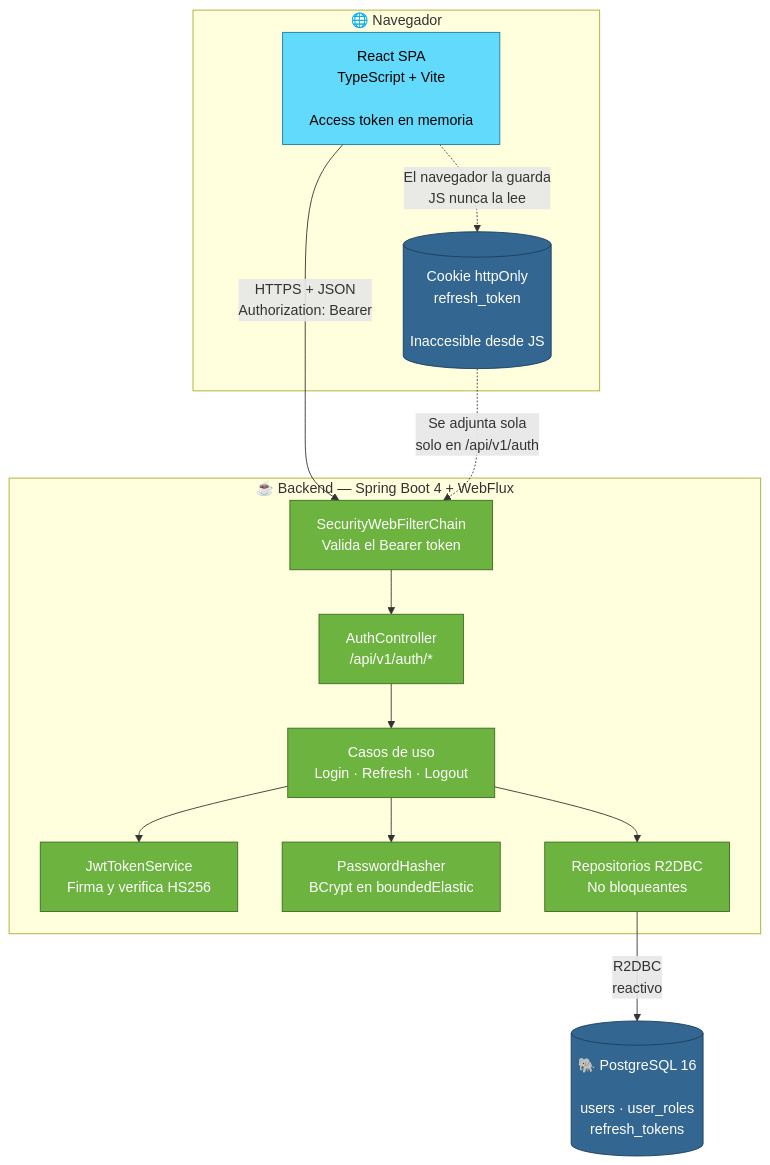
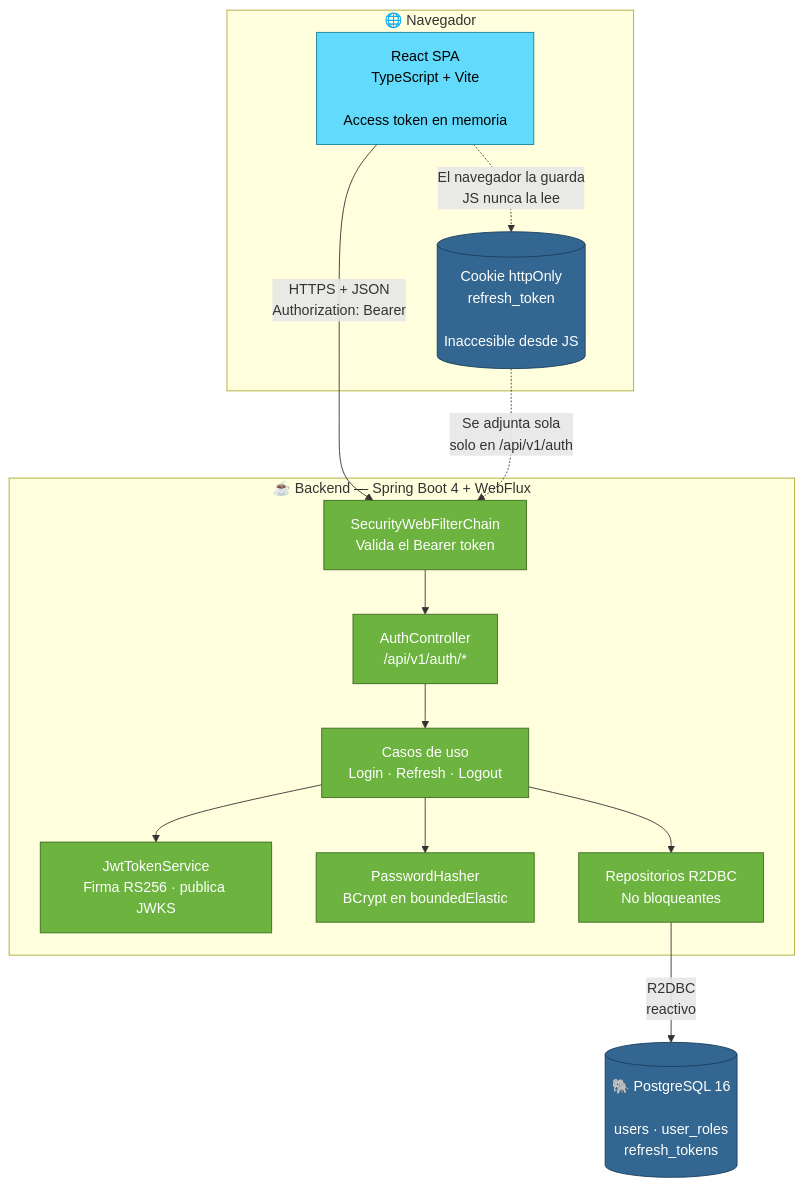
Before and after one commit to Sergio-Osorio09/gestor-accesos: the first of 4 diagrams in specs/arquitectura.md, drawn with Mermaid. The commit also changed other lines of this file and 11 other files, not shown here.

````diff
--- a/specs/arquitectura.md
+++ b/specs/arquitectura.md
@@ -8,36 +8,36 @@
 ```mermaid
 graph TB
     subgraph navegador["🌐 Navegador"]
         SPA["React SPA<br/>TypeScript + Vite<br/><br/>Access token en memoria"]
         COOKIE[("Cookie httpOnly<br/>refresh_token<br/><br/>Inaccesible desde JS")]
     end
 
     subgraph servidor["☕ Backend — Spring Boot 4 + WebFlux"]
         API["AuthController<br/>/api/v1/auth/*"]
         SEC["SecurityWebFilterChain<br/>Valida el Bearer token"]
         UC["Casos de uso<br/>Login · Refresh · Logout"]
-        JWT["JwtTokenService<br/>Firma y verifica HS256"]
+        JWT["JwtTokenService<br/>Firma RS256 · publica JWKS"]
         BCRYPT["PasswordHasher<br/>BCrypt en boundedElastic"]
         REPO["Repositorios R2DBC<br/>No bloqueantes"]
     end
 
     DB[("🐘 PostgreSQL 16<br/><br/>users · user_roles<br/>refresh_tokens")]
 
     SPA -->|"HTTPS + JSON<br/>Authorization: Bearer"| SEC
     COOKIE -.->|"Se adjunta sola<br/>solo en /api/v1/auth"| SEC
     SEC --> API
     API --> UC
     UC --> JWT
     UC --> BCRYPT
     UC --> REPO
     REPO -->|"R2DBC<br/>reactivo"| DB
     SPA -.->|"El navegador la guarda<br/>JS nunca la lee"| COOKIE
 
     classDef front fill:#61dafb,stroke:#1a7f9c,color:#000
     classDef back fill:#6db33f,stroke:#3d6b21,color:#fff
     classDef data fill:#336791,stroke:#1a3d5c,color:#fff
     class SPA front
     class COOKIE data
     class API,SEC,UC,JWT,BCRYPT,REPO back
     class DB data
 ```
````
